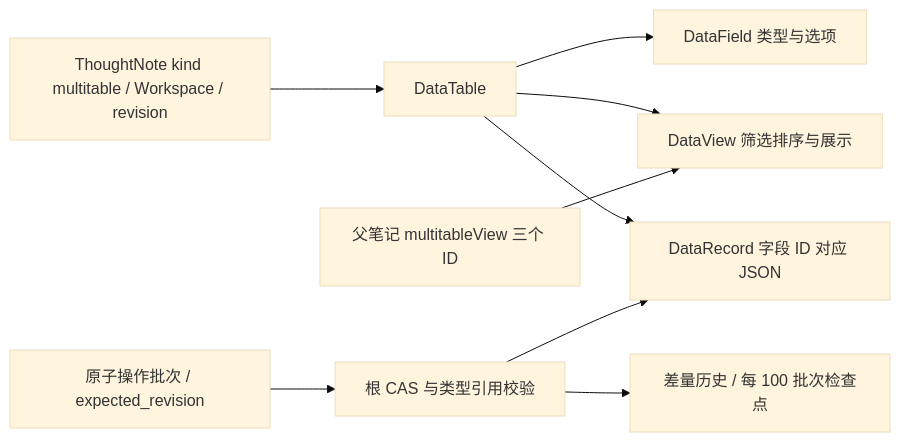
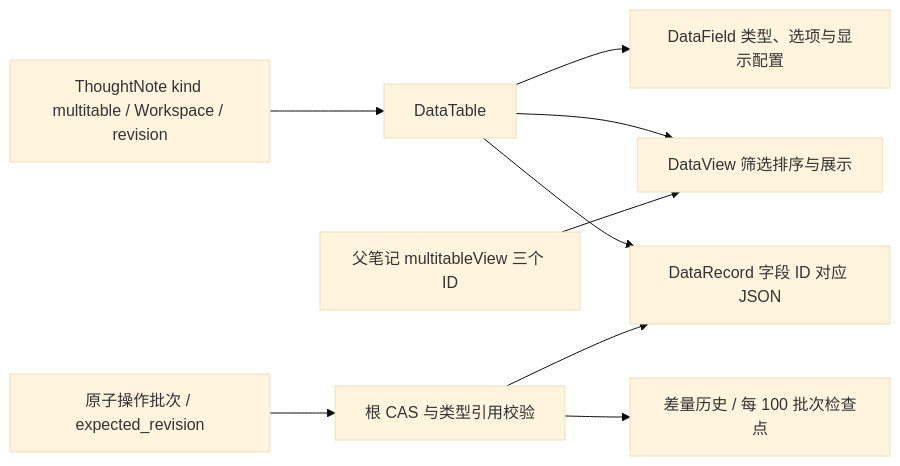
The second of 2 diagrams in web/src/features/thought-workshop/official/content/technical/thought-workshop.md (EmiyaredA/Future-Props-Lab), drawn with Mermaid (base theme) before and after one commit. The commit also changed other lines of this file and 67 other files, not shown here.

````diff
--- a/web/src/features/thought-workshop/official/content/technical/thought-workshop.md
+++ b/web/src/features/thought-workshop/official/content/technical/thought-workshop.md
@@ -92,11 +92,11 @@
 ```mermaid
 flowchart LR
   N[ThoughtNote kind multitable / Workspace / revision] --> T[DataTable]
-  T --> F[DataField 类型与选项]
+  T --> F[DataField 类型、选项与显示配置]
   T --> V[DataView 筛选排序与展示]
   T --> R[DataRecord 字段 ID 对应 JSON]
   O[原子操作批次 / expected_revision] --> C[根 CAS 与类型引用校验]
   C --> R
   C --> H[差量历史 / 每 100 批次检查点]
   E[父笔记 multitableView 三个 ID] --> V
 ```
````
